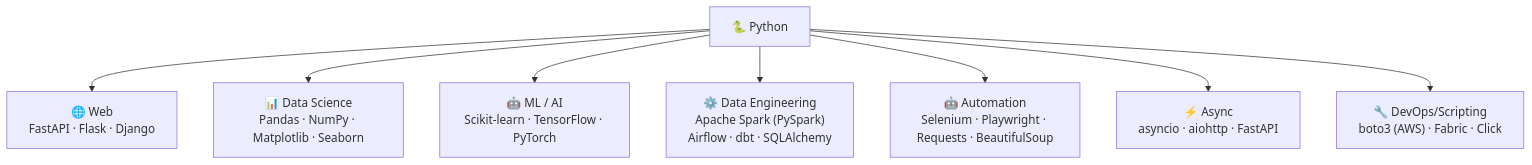
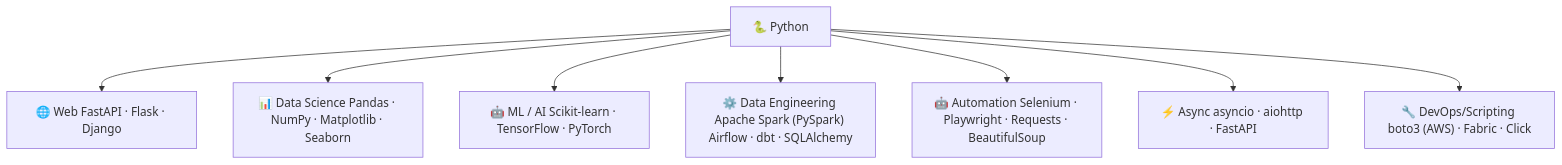
One commit to naveenkumar1661997/notes changed the first of 2 diagrams in python.md. Above: the diagram before and after it, drawn with Mermaid. The commit also changed other lines of this file and 12 other files, not shown here.

```diff
--- a/python.md
+++ b/python.md
@@ -34,12 +34,12 @@
 <pre class="mermaid">
 flowchart TD
     PY["🐍 Python"]
 
-    PY --> WEB["🌐 Web\nFastAPI · Flask · Django"]
-    PY --> DATA["📊 Data Science\nPandas · NumPy · Matplotlib · Seaborn"]
-    PY --> ML["🤖 ML / AI\nScikit-learn · TensorFlow · PyTorch"]
-    PY --> DE["⚙️ Data Engineering\nApache Spark (PySpark)\nAirflow · dbt · SQLAlchemy"]
-    PY --> AUTO["🤖 Automation\nSelenium · Playwright · Requests · BeautifulSoup"]
-    PY --> ASYNC["⚡ Async\nasyncio · aiohttp · FastAPI"]
-    PY --> DEVOPS["🔧 DevOps/Scripting\nboto3 (AWS) · Fabric · Click"]
+    PY --> WEB["🌐 Web FastAPI · Flask · Django"]
+    PY --> DATA["📊 Data Science Pandas · NumPy · Matplotlib · Seaborn"]
+    PY --> ML["🤖 ML / AI Scikit-learn · TensorFlow · PyTorch"]
+    PY --> DE["⚙️ Data Engineering Apache Spark (PySpark) Airflow · dbt · SQLAlchemy"]
+    PY --> AUTO["🤖 Automation Selenium · Playwright · Requests · BeautifulSoup"]
+    PY --> ASYNC["⚡ Async asyncio · aiohttp · FastAPI"]
+    PY --> DEVOPS["🔧 DevOps/Scripting boto3 (AWS) · Fabric · Click"]
 </pre>
```
